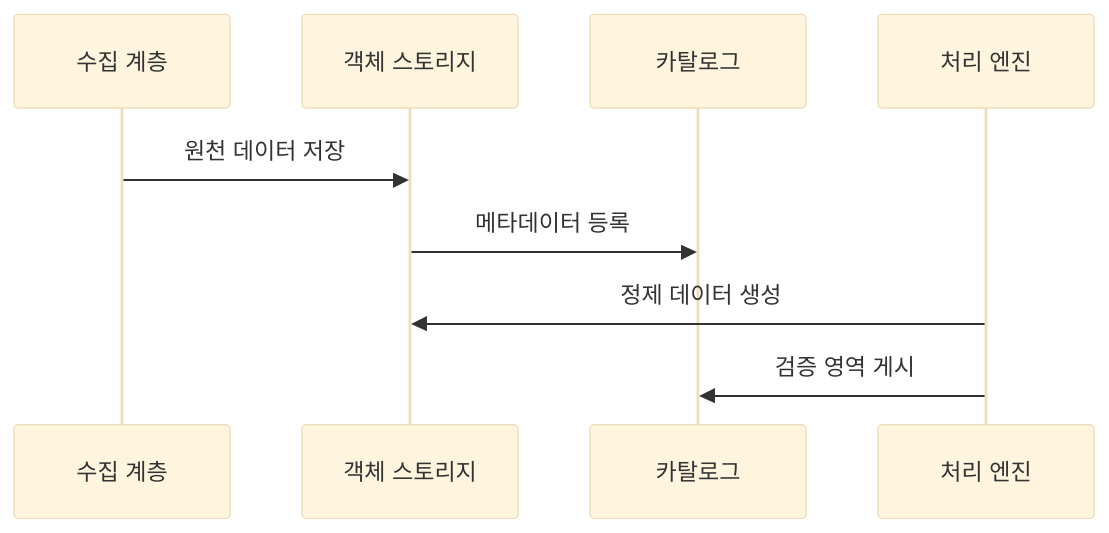
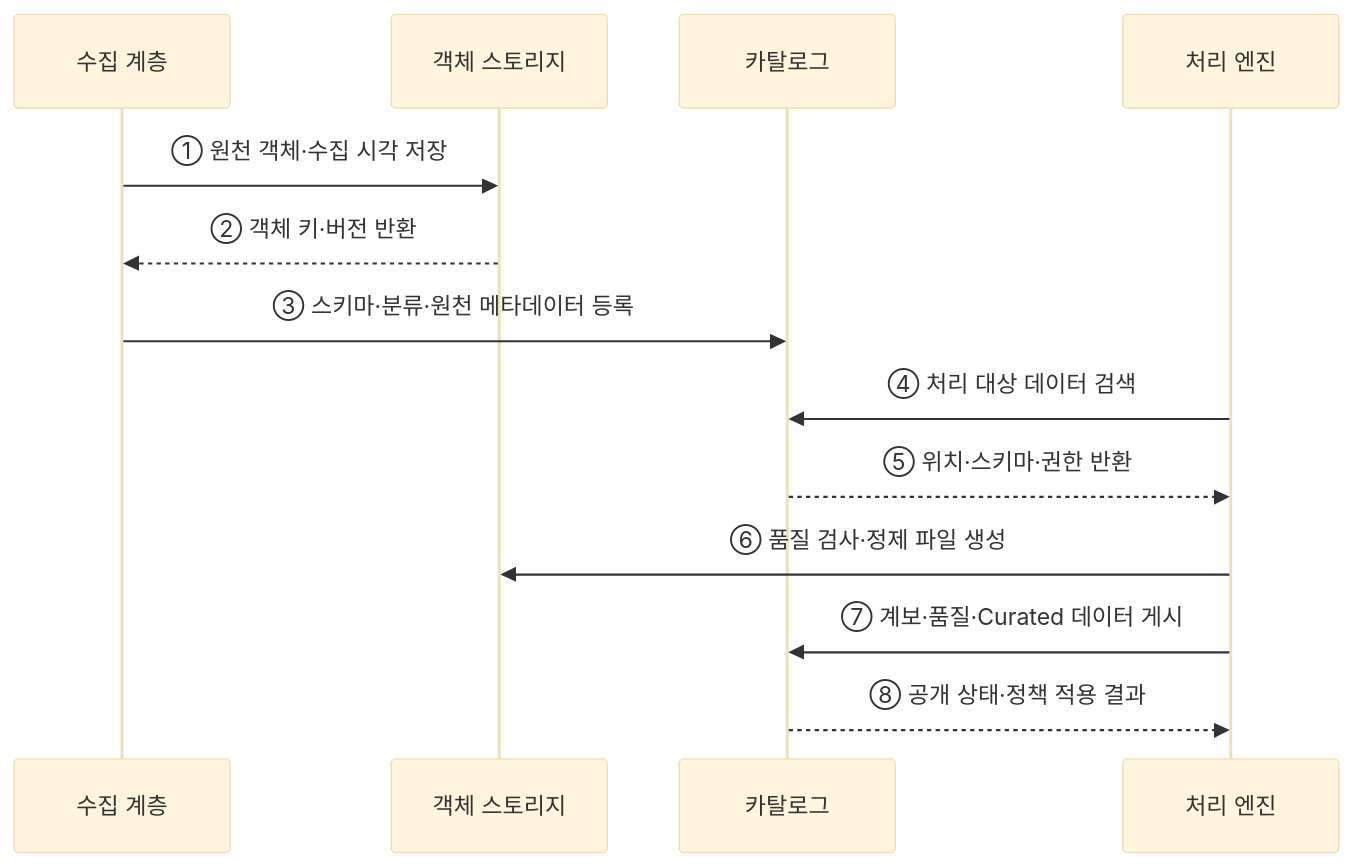
One commit to agnusdei1207/knowledge-base changed the second of 2 diagrams in src/content/docs/notes/03-software/125_data_lake.md. Above: the diagram before and after it, drawn with Mermaid (base theme). The commit also changed other lines of this file and 20 other files, not shown here.

````diff
--- a/src/content/docs/notes/03-software/125_data_lake.md
+++ b/src/content/docs/notes/03-software/125_data_lake.md
@@ -80,11 +70,15 @@
 ```mermaid
 sequenceDiagram
     participant I as 수집 계층
     participant O as 객체 스토리지
     participant C as 카탈로그
     participant P as 처리 엔진
-    I->>O: 원천 데이터 저장
-    O->>C: 메타데이터 등록
-    P->>O: 정제 데이터 생성
-    P->>C: 검증 영역 게시
+    I->>O: ① 원천 객체·수집 시각 저장
+    O-->>I: ② 객체 키·버전 반환
+    I->>C: ③ 스키마·분류·원천 메타데이터 등록
+    P->>C: ④ 처리 대상 데이터 검색
+    C-->>P: ⑤ 위치·스키마·권한 반환
+    P->>O: ⑥ 품질 검사·정제 파일 생성
+    P->>C: ⑦ 계보·품질·Curated 데이터 게시
+    C-->>P: ⑧ 공개 상태·정책 적용 결과
 ```
````
